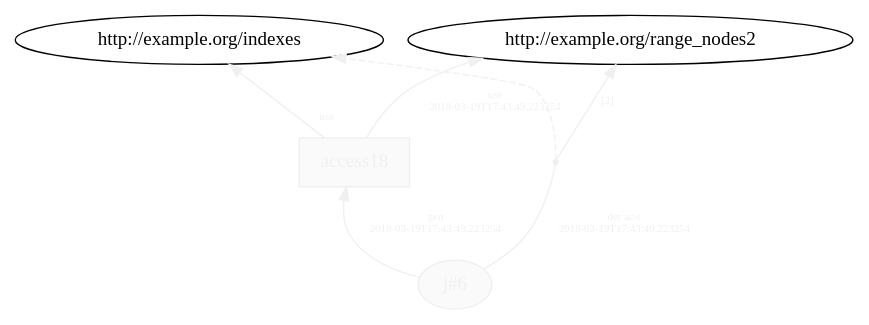
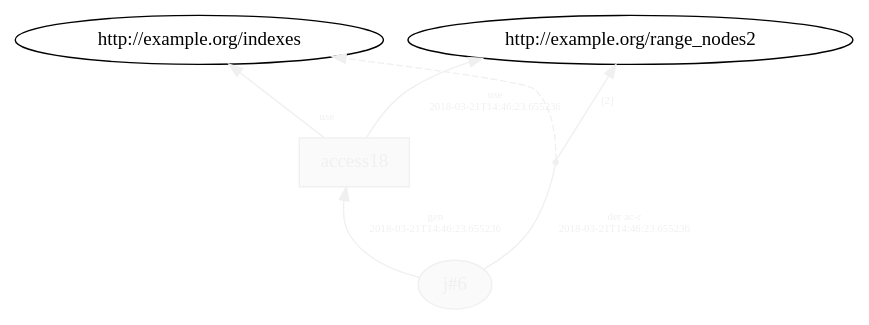
One commit to dew-uff/versioned-prov changed the diagram in generated/intertwined_prov/temp/L17__loop_access_6.dot. Above: the diagram before and after it, drawn with Graphviz. The commit also changed 779 other files, not shown here.

```diff
--- a/generated/intertwined_prov/temp/L17__loop_access_6.dot
+++ b/generated/intertwined_prov/temp/L17__loop_access_6.dot
@@ -1,14 +1,14 @@
 digraph "PROV" { size="16,12"; rankdir="BT";
 "http://example.org/j#6" [fillcolor="#FAFAFA",color="#F0F0F0",style="filled",fontcolor="#F0F0F0",label="j#6",URL="http://example.org/j#6"]
 "http://example.org/access18" [fillcolor="#FAFAFA",color="#F0F0F0",shape="polygon",sides="4",style="filled",fontcolor="#F0F0F0",label="access18",URL="http://example.org/access18"]
 "bn0" [shape="point",label="",fontcolor="#F0F0F0",color="#F0F0F0"]
 "http://example.org/j#6" -> "bn0" [fontsize="8",distance="1.5",angle="60.0",rotation="20",label="der ac-r
-2018-03-19T17:43:49.223254",arrowhead="none",fontcolor="#F0F0F0",color="#F0F0F0"]
+2018-03-21T14:46:23.655236",arrowhead="none",fontcolor="#F0F0F0",color="#F0F0F0"]
 "bn0" -> "http://example.org/indexes" [style="dashed",fontcolor="#F0F0F0",color="#F0F0F0"]
 "bn0" -> "http://example.org/range_nodes2" [fontsize="8",distance="1.5",angle="60.0",rotation="20",label="[2]",fontcolor="#F0F0F0",color="#F0F0F0"]
 "http://example.org/access18" -> "http://example.org/indexes" [labelfontsize="8",labeldistance="1.5",labelangle="60.0",rotation="20",taillabel="use",fontcolor="#F0F0F0",color="#F0F0F0"]
 "http://example.org/access18" -> "http://example.org/range_nodes2" [fontsize="8",distance="1.5",angle="60.0",rotation="20",label="use
-2018-03-19T17:43:49.223254",fontcolor="#F0F0F0",color="#F0F0F0"]
+2018-03-21T14:46:23.655236",fontcolor="#F0F0F0",color="#F0F0F0"]
 "http://example.org/j#6" -> "http://example.org/access18" [fontsize="8",distance="1.5",angle="60.0",rotation="20",label="gen
-2018-03-19T17:43:49.223254",fontcolor="#F0F0F0",color="#F0F0F0"]
+2018-03-21T14:46:23.655236",fontcolor="#F0F0F0",color="#F0F0F0"]
 }
```
